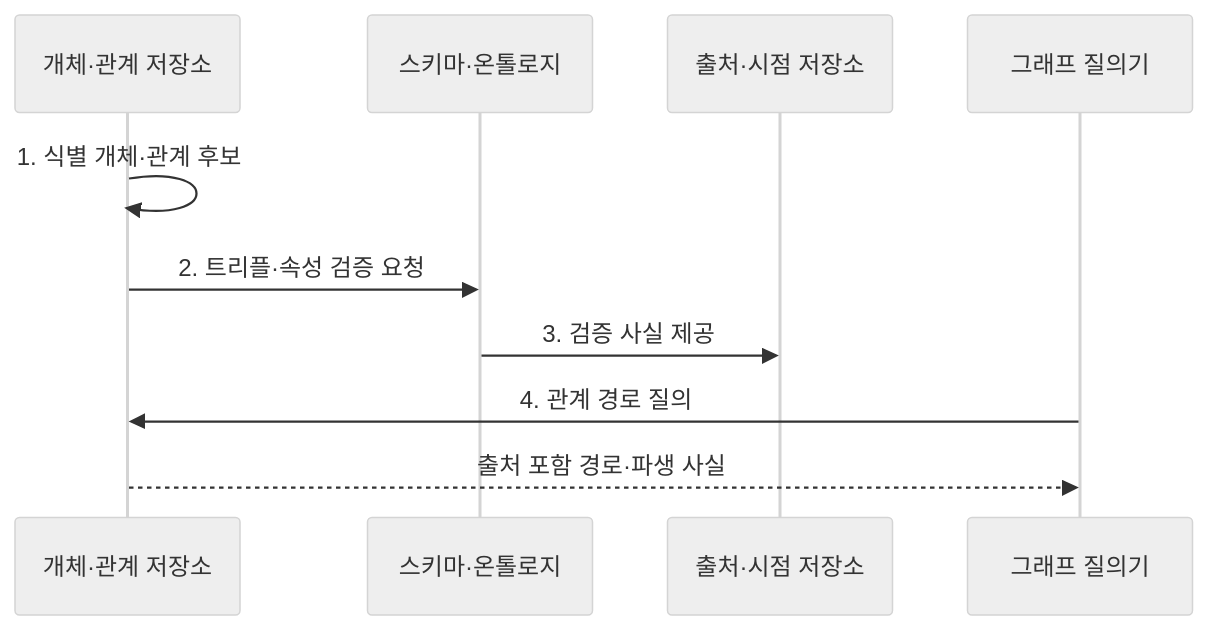
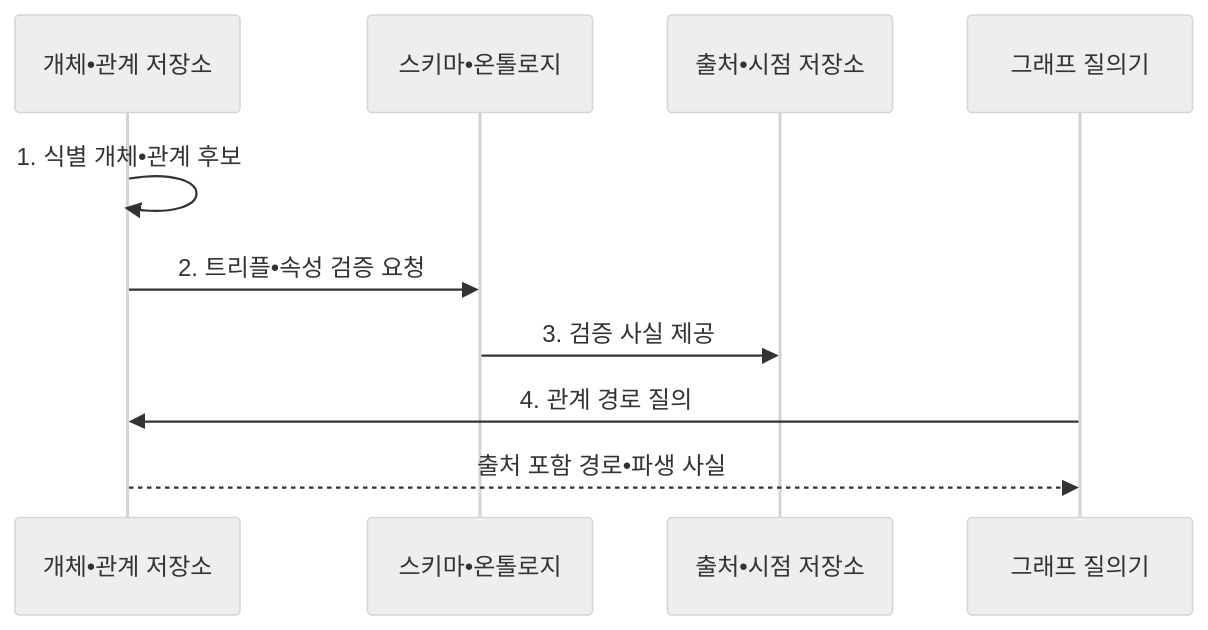
One commit to agnusdei1207/knowledge-base changed the second of 2 diagrams in src/content/docs/notes/08-latest-tech/079_knowledge_graph.md. Above: the diagram before and after it, drawn with Mermaid (neutral theme). The commit also changed other lines of this file and 953 other files, not shown here.

````diff
--- a/src/content/docs/notes/08-latest-tech/079_knowledge_graph.md
+++ b/src/content/docs/notes/08-latest-tech/079_knowledge_graph.md
@@ -106,12 +106,12 @@
 ```mermaid
 sequenceDiagram
-  participant G as 개체·관계 저장소
-  participant S as 스키마·온톨로지
-  participant P as 출처·시점 저장소
+  participant G as 개체•관계 저장소
+  participant S as 스키마•온톨로지
+  participant P as 출처•시점 저장소
   participant Q as 그래프 질의기
-  G->>G: 1. 식별 개체·관계 후보
-  G->>S: 2. 트리플·속성 검증 요청
+  G->>G: 1. 식별 개체•관계 후보
+  G->>S: 2. 트리플•속성 검증 요청
   S->>P: 3. 검증 사실 제공
   Q->>G: 4. 관계 경로 질의
-  G-->>Q: 출처 포함 경로·파생 사실
+  G-->>Q: 출처 포함 경로•파생 사실
 ```
````
